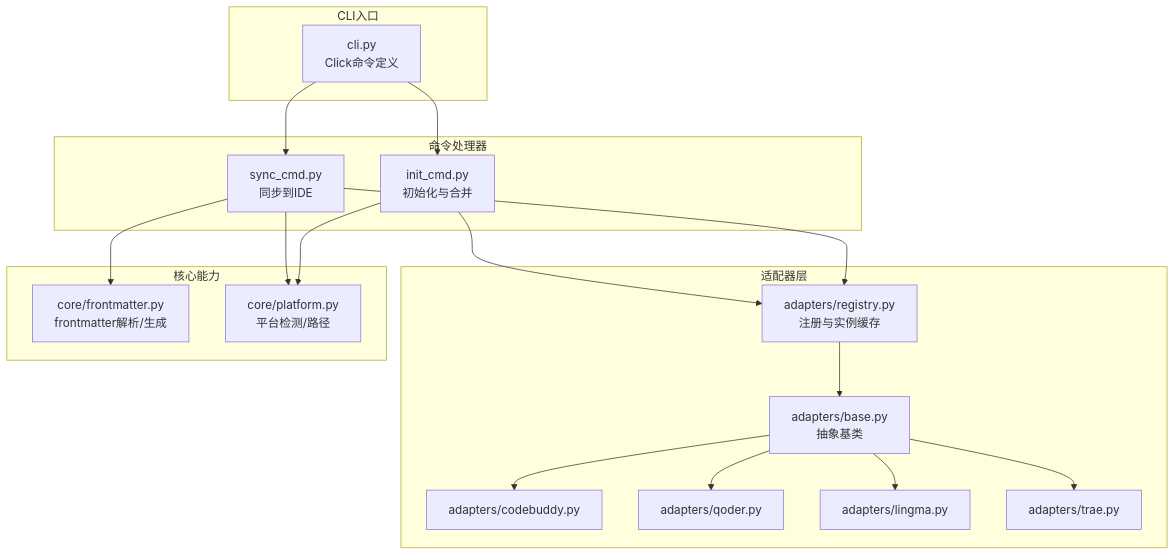
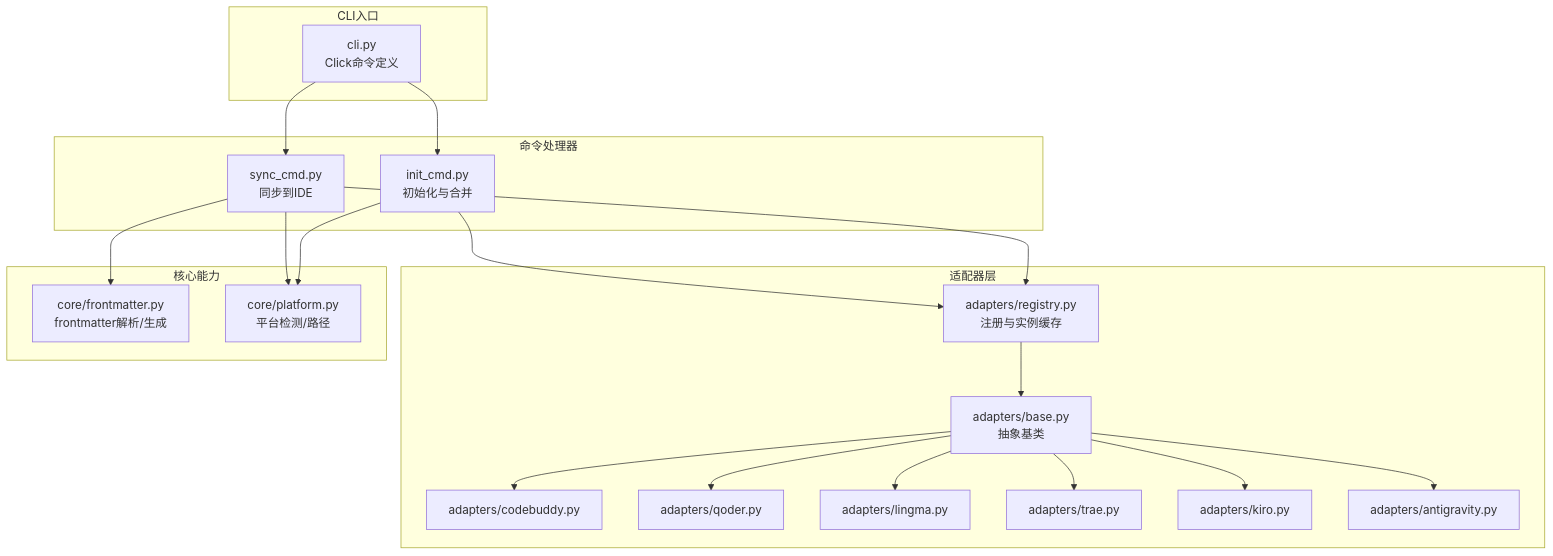
The first of 7 diagrams in .qoder/repowiki/zh/content/IDE适配器/IDE适配器.md (MapleWan/MSR), drawn with Mermaid before and after one commit. The commit also changed other lines of this file and 3 other files, not shown here.

````diff
--- a/.qoder/repowiki/zh/content/IDE适配器/IDE适配器.md
+++ b/.qoder/repowiki/zh/content/IDE适配器/IDE适配器.md
@@ -43,34 +47,38 @@
 ```mermaid
 graph TB
 subgraph "CLI入口"
 CLI["cli.py<br/>Click命令定义"]
 end
 subgraph "命令处理器"
 INIT["init_cmd.py<br/>初始化与合并"]
 SYNC["sync_cmd.py<br/>同步到IDE"]
 end
 subgraph "适配器层"
 BASE["adapters/base.py<br/>抽象基类"]
 REG["adapters/registry.py<br/>注册与实例缓存"]
 CB["adapters/codebuddy.py"]
 QD["adapters/qoder.py"]
 LM["adapters/lingma.py"]
 TR["adapters/trae.py"]
+KI["adapters/kiro.py"]
+AG["adapters/antigravity.py"]
 end
 subgraph "核心能力"
 FM["core/frontmatter.py<br/>frontmatter解析/生成"]
 PL["core/platform.py<br/>平台检测/路径"]
 end
 CLI --> INIT
 CLI --> SYNC
 INIT --> REG
 SYNC --> REG
 REG --> BASE
 BASE --> CB
 BASE --> QD
 BASE --> LM
 BASE --> TR
+BASE --> KI
+BASE --> AG
 SYNC --> FM
 SYNC --> PL
 INIT --> PL
 ```
````
